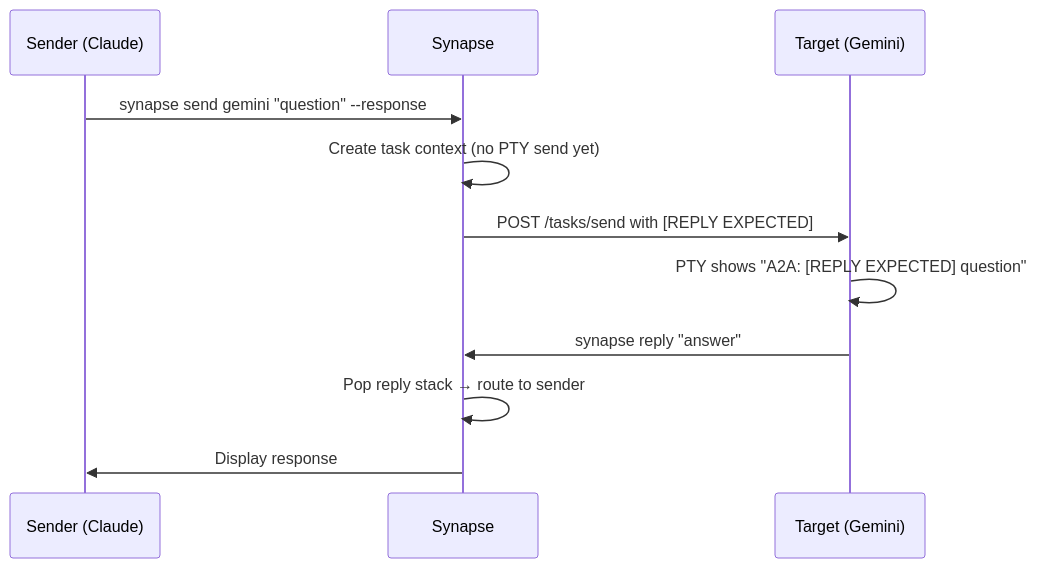
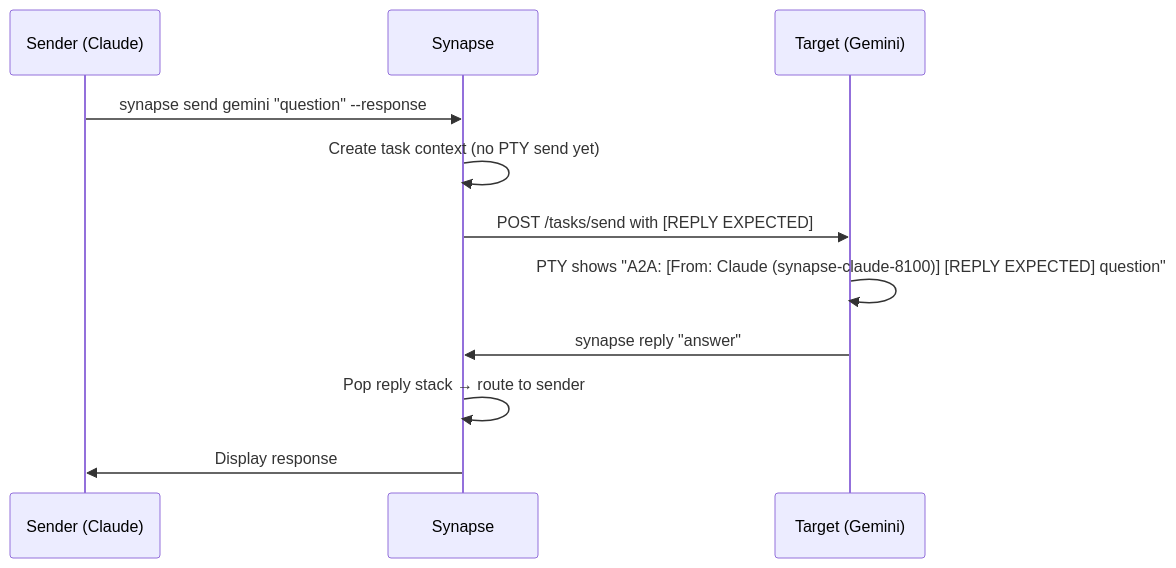
The diagram in site-docs/guide/communication.md (s-hiraoku/synapse-a2a), drawn with Mermaid before and after one commit. The commit also changed other lines of this file and 21 other files, not shown here.

````diff
--- a/site-docs/guide/communication.md
+++ b/site-docs/guide/communication.md
@@ -157,14 +163,14 @@
 ```mermaid
 sequenceDiagram
     participant A as Sender (Claude)
     participant S as Synapse
     participant B as Target (Gemini)
 
     A->>S: synapse send gemini "question" --response
     S->>S: Create task context (no PTY send yet)
     S->>B: POST /tasks/send with [REPLY EXPECTED]
-    B->>B: PTY shows "A2A: [REPLY EXPECTED] question"
+    B->>B: PTY shows "A2A: [From: Claude (synapse-claude-8100)] [REPLY EXPECTED] question"
     B->>S: synapse reply "answer"
     S->>S: Pop reply stack → route to sender
     S->>A: Display response
 ```
````
